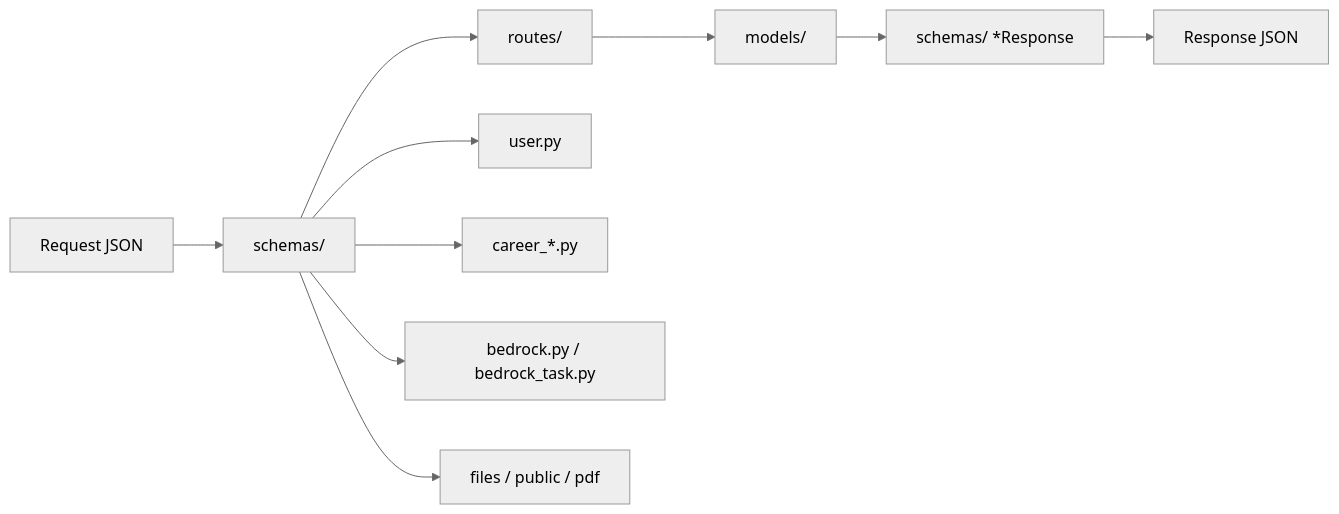
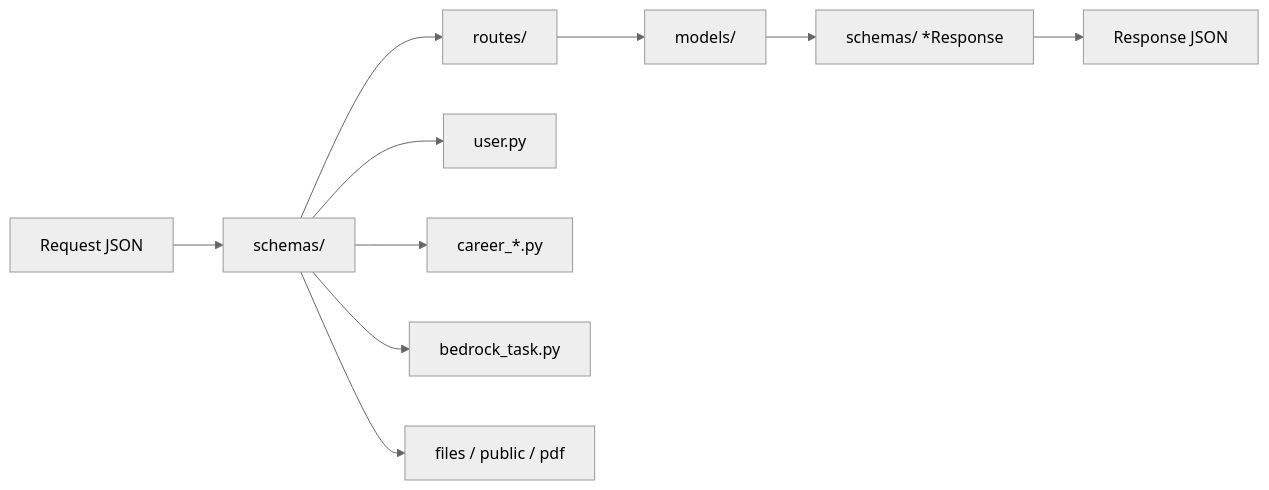
One commit to cjhirashi/cjhirashi-career changed the diagram in cjhirashi-career-api/src/schemas/README.md. Above: the diagram before and after it, drawn with Mermaid (neutral theme). The commit also changed other lines of this file and 82 other files, not shown here.

````diff
--- a/cjhirashi-career-api/src/schemas/README.md
+++ b/cjhirashi-career-api/src/schemas/README.md
@@ -9,12 +9,12 @@
 ```mermaid
 flowchart LR
     HTTP[Request JSON] --> Schema[schemas/]
     Schema --> Route[routes/]
     Route --> ORM[models/]
     ORM --> RespSchema[schemas/ *Response]
     RespSchema --> JSON[Response JSON]
     Schema --> Auth[user.py]
     Schema --> Career[career_*.py]
-    Schema --> Agent[bedrock.py / bedrock_task.py]
+    Schema --> Agent[bedrock_task.py]
     Schema --> Other[files / public / pdf]
 ```
````
